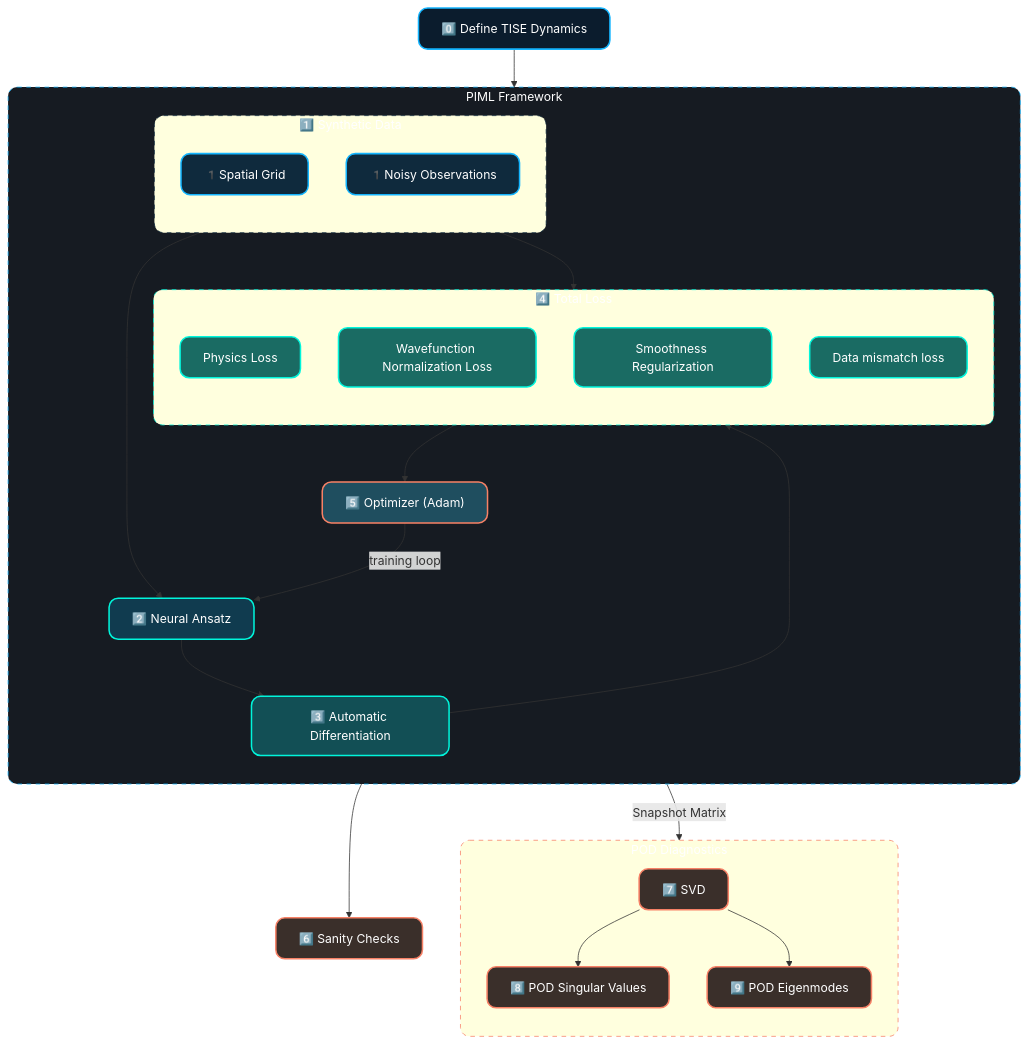
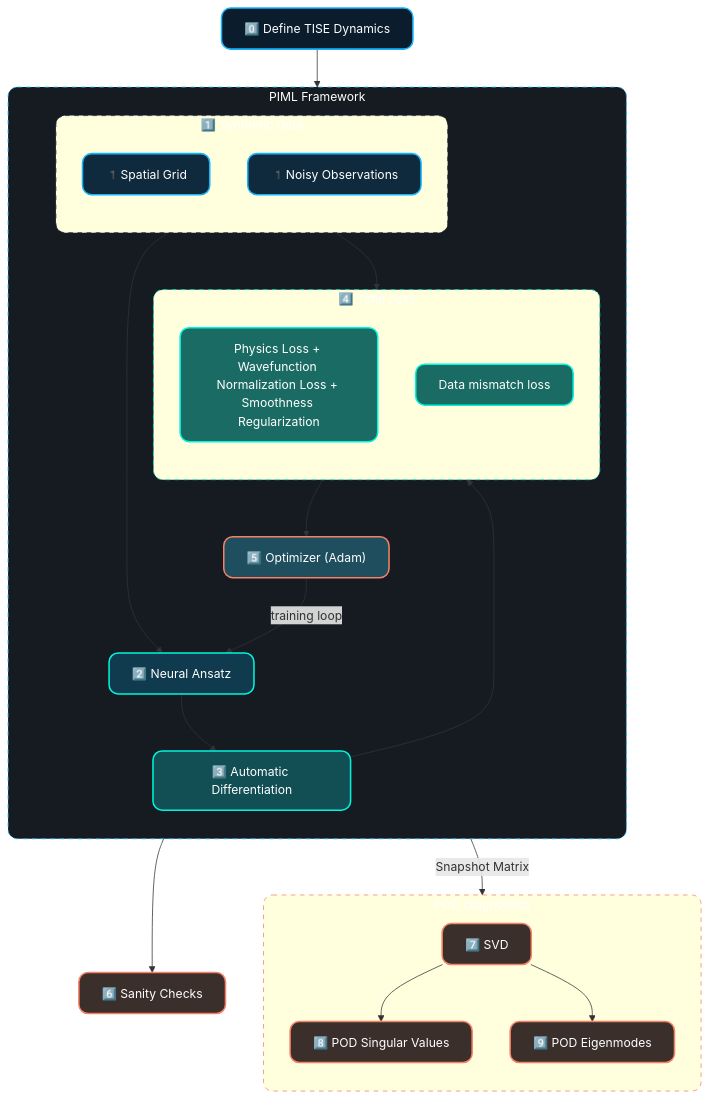
Before and after one commit to Scriber-Labs/lf-pinn-inverse-schrodinger: the diagram in README.md, drawn with Mermaid.

Commit message:
Updated README.md with mermaid diagram of PIML architecture and a table providing a mathematical mapping for each component. Also updated the loss terms table, but it still isn't complete.

```diff
--- a/README.md
+++ b/README.md
@@ -105,9 +105,8 @@
         
         subgraph loss["4️⃣ Total Loss"]
             direction TB
-            physics["Physics Loss"]:::stage4
-            norm["Wavefunction Normalization Loss"]:::stage4
-            smooth["Smoothness Regularization"]:::stage4
+            physics["Physics Loss + Wavefunction Normalization Loss + Smoothness Regularization"]:::stage4
+
             data["Data mismatch loss"]:::stage4
         end
         
```
